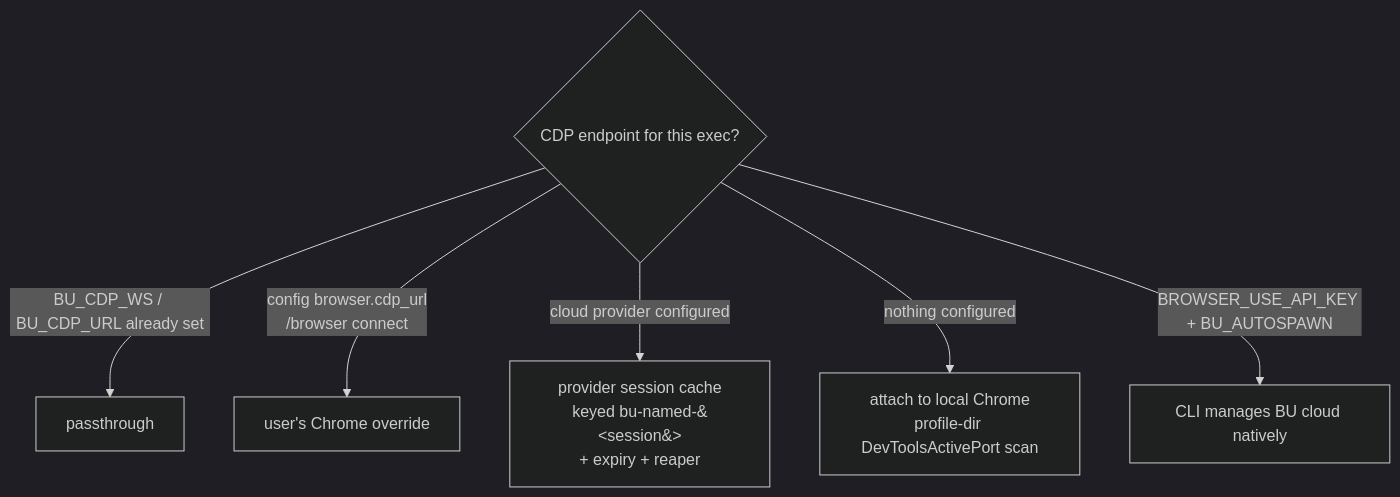
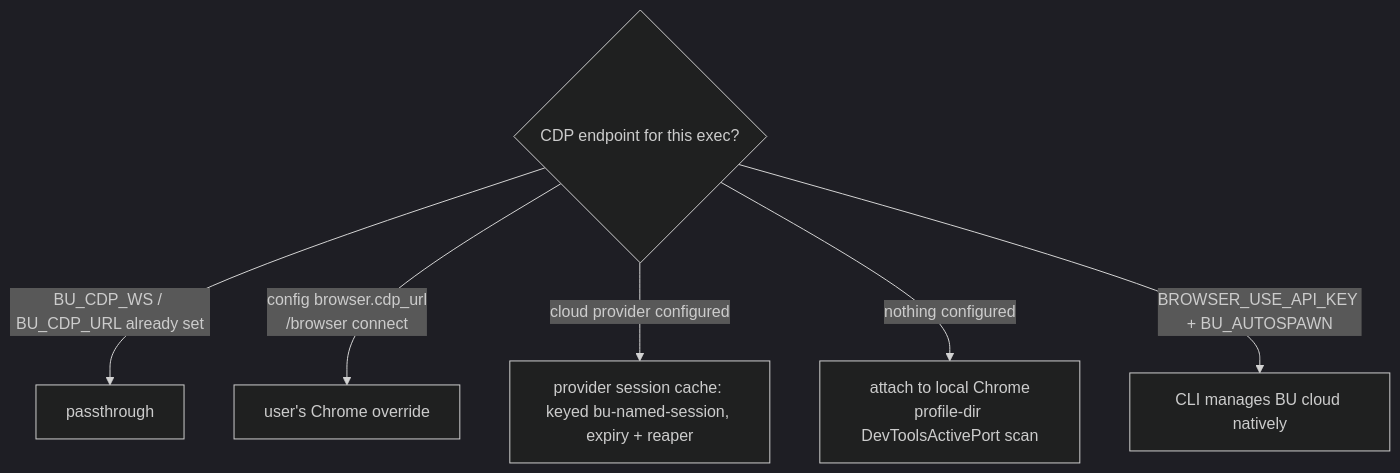
One commit to anish-inf/whip changed the third of 4 diagrams in docs/learnings/browser-use-integration.md. Above: the diagram before and after it, drawn with Mermaid (dark theme). The commit also changed other lines of this file, not shown here.

Commit message:
docs: fix mermaid for GitHub renderer (no entities, simpler notes)

````diff
--- a/docs/learnings/browser-use-integration.md
+++ b/docs/learnings/browser-use-integration.md
@@ -149,8 +149,8 @@
 ```mermaid
 flowchart TD
     Q{CDP endpoint for this exec?} -->|BU_CDP_WS / BU_CDP_URL already set| P[passthrough]
     Q -->|config browser.cdp_url<br/>/browser connect| O[user's Chrome override]
-    Q -->|cloud provider configured| C[provider session cache<br/>keyed bu-named-&#60;session&#62;<br/>+ expiry + reaper]
+    Q -->|cloud provider configured| C[provider session cache: keyed bu-named-session, expiry + reaper]
     Q -->|nothing configured| L[attach to local Chrome<br/>profile-dir DevToolsActivePort scan]
     Q -->|BROWSER_USE_API_KEY + BU_AUTOSPAWN| U[CLI manages BU cloud natively]
 ```
````
